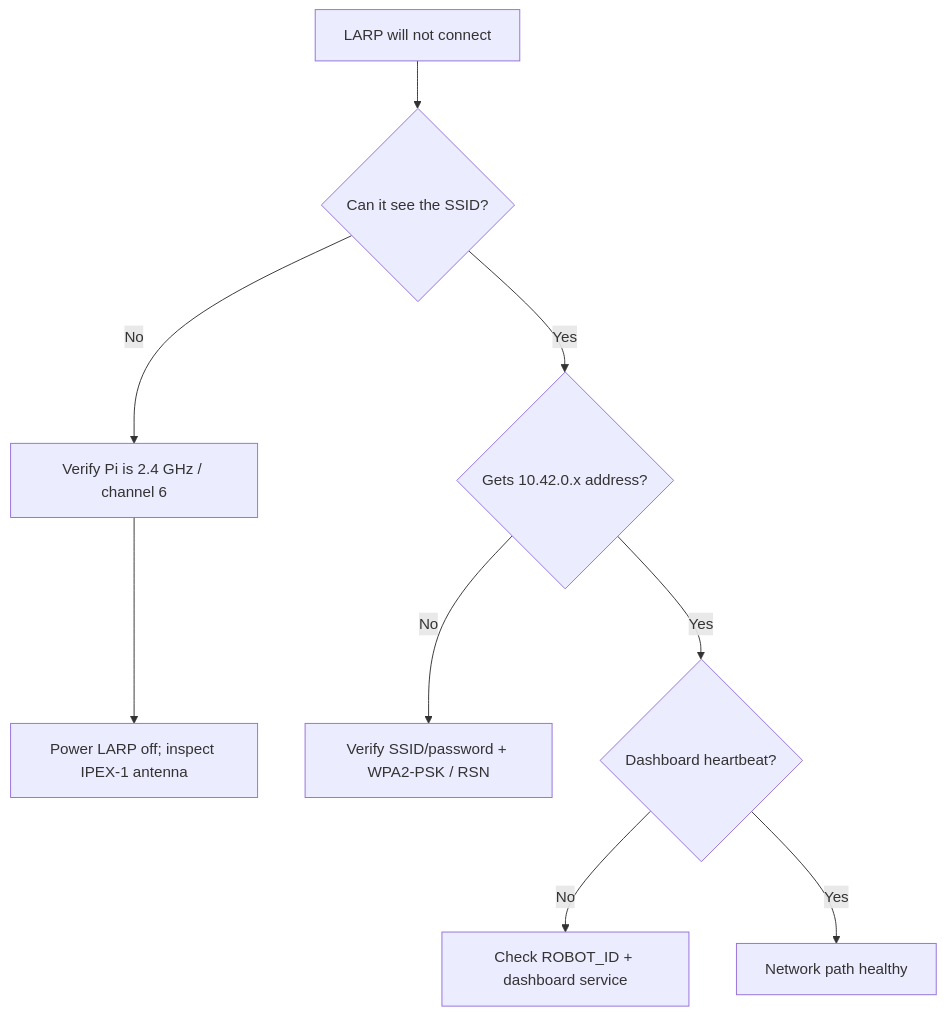
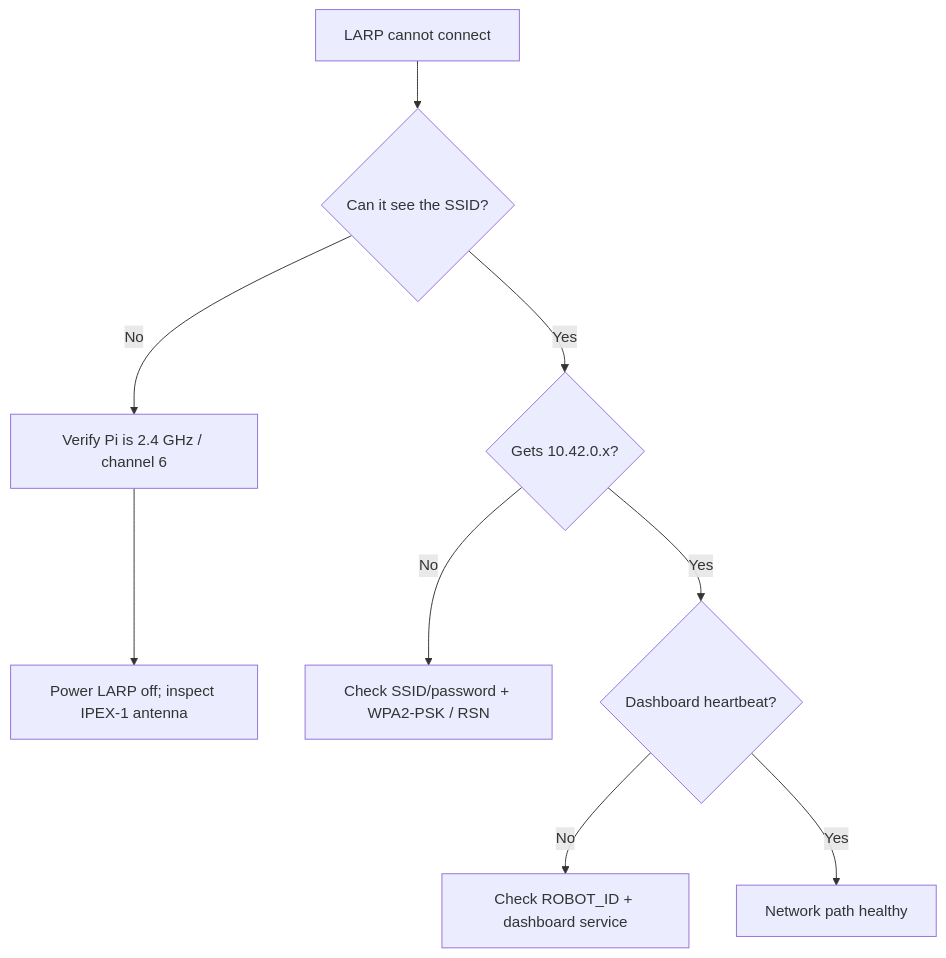
One commit to william-thompsonthe1st/STEM-Research-Academy changed diagram 11 of 12 in README.md. Above: the diagram before and after it, drawn with Mermaid. The commit also changed other lines of this file, not shown here.

````diff
--- a/README.md
+++ b/README.md
@@ -143,11 +435,11 @@
 ```mermaid
 flowchart TD
-    A["LARP will not connect"] --> B{"Can it see the SSID?"}
+    A["LARP cannot connect"] --> B{"Can it see the SSID?"}
     B -- No --> C["Verify Pi is 2.4 GHz / channel 6"]
     C --> D["Power LARP off; inspect IPEX-1 antenna"]
-    B -- Yes --> E{"Gets 10.42.0.x address?"}
-    E -- No --> F["Verify SSID/password + WPA2-PSK / RSN"]
+    B -- Yes --> E{"Gets 10.42.0.x?"}
+    E -- No --> F["Check SSID/password + WPA2-PSK / RSN"]
     E -- Yes --> G{"Dashboard heartbeat?"}
     G -- No --> H["Check ROBOT_ID + dashboard service"]
     G -- Yes --> I["Network path healthy"]
 ```
````
